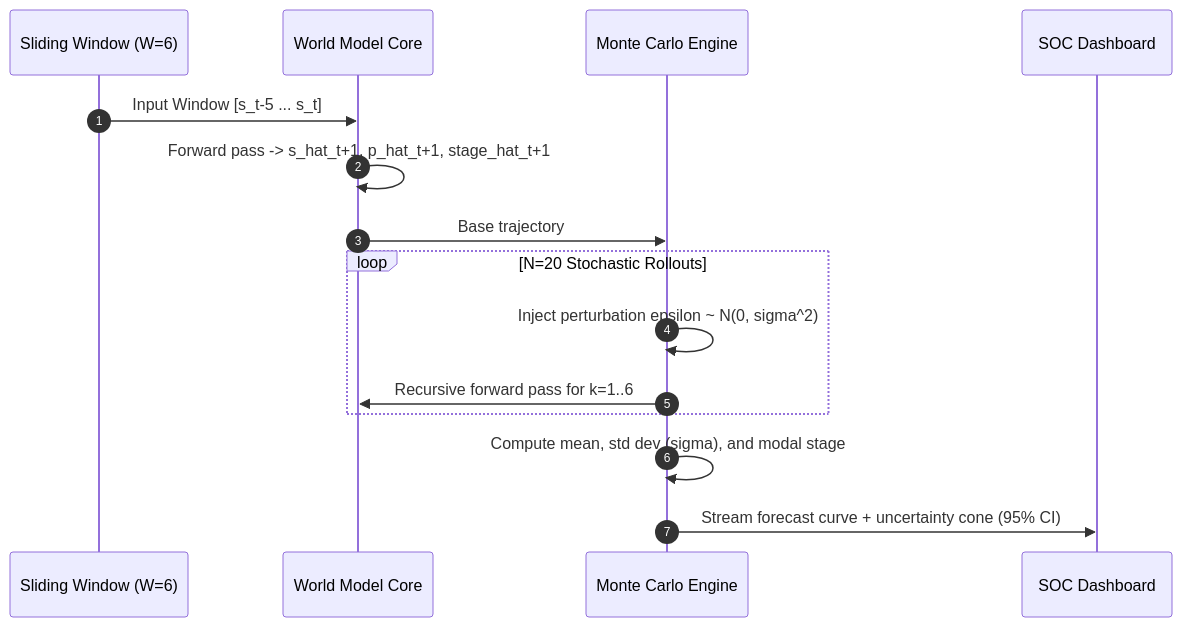
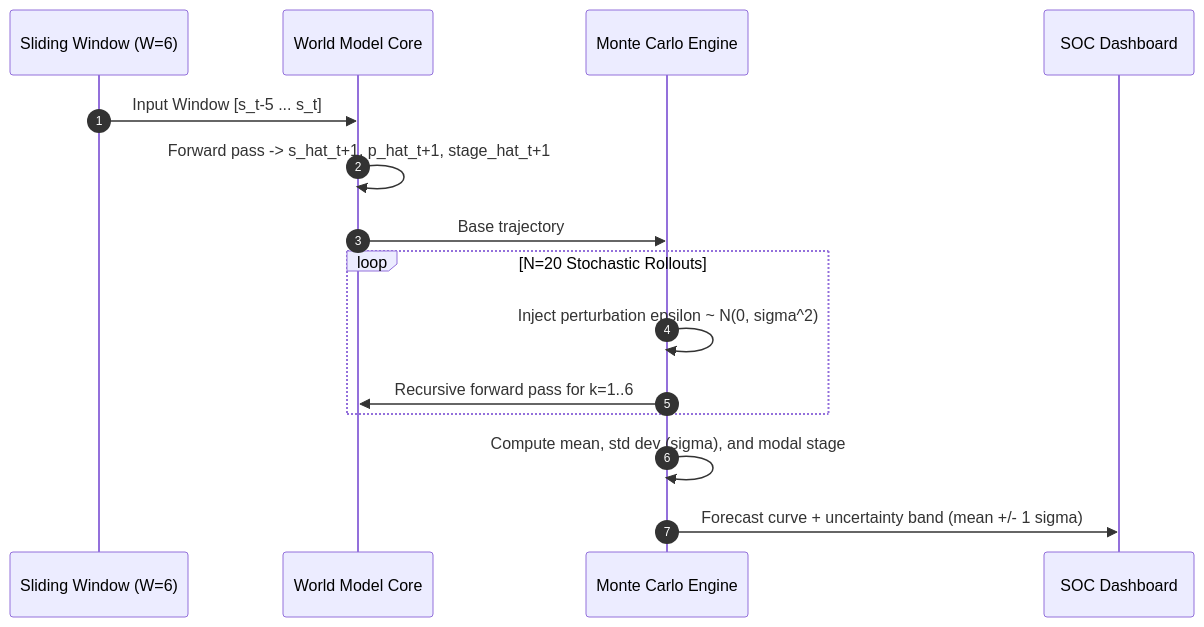
Before and after one commit to BuzyU/NetForecast: the second of 3 diagrams in ARCHITECTURE.md, drawn with Mermaid. The commit also changed other lines of this file and 13 other files, not shown here.

````diff
--- a/ARCHITECTURE.md
+++ b/ARCHITECTURE.md
@@ -166,18 +166,18 @@
 ```mermaid
 sequenceDiagram
     autonumber
     participant Buffer as Sliding Window (W=6)
     participant Model as World Model Core
     participant MC as Monte Carlo Engine
     participant SOC as SOC Dashboard
 
     Buffer->>Model: Input Window [s_t-5 ... s_t]
     Model->>Model: Forward pass -> s_hat_t+1, p_hat_t+1, stage_hat_t+1
     Model->>MC: Base trajectory
     loop N=20 Stochastic Rollouts
         MC->>MC: Inject perturbation epsilon ~ N(0, sigma^2)
         MC->>Model: Recursive forward pass for k=1..6
     end
     MC->>MC: Compute mean, std dev (sigma), and modal stage
-    MC->>SOC: Stream forecast curve + uncertainty cone (95% CI)
+    MC->>SOC: Forecast curve + uncertainty band (mean +/- 1 sigma)
 ```
````
